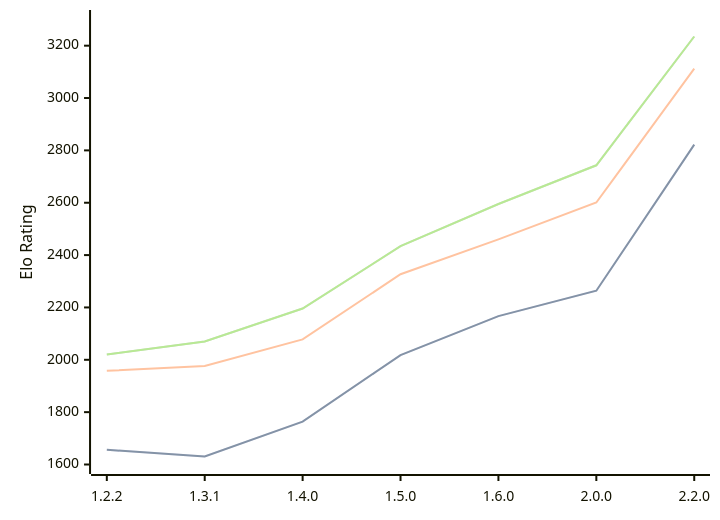
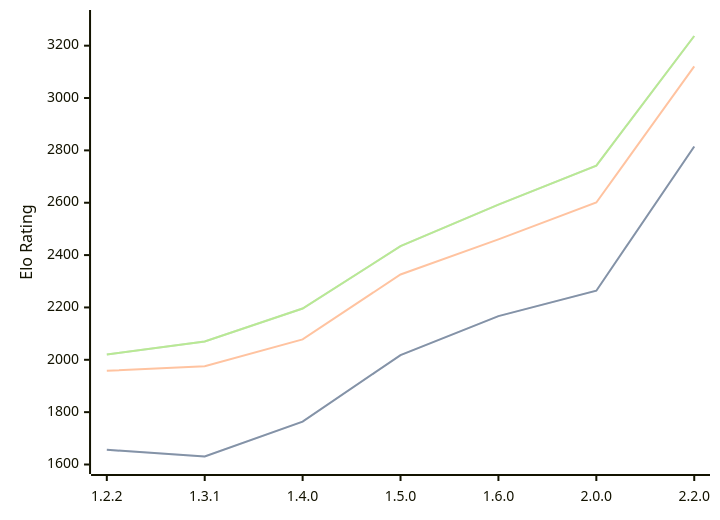
Before and after one commit to computer-chess-index/cci: the diagram in engines/SoloEngine.md, drawn with Mermaid. The commit also changed other lines of this file, not shown here.

Commit message:
Update CCI Ratings (ELO VLTC) - 2026-06-10

````diff
--- a/engines/SoloEngine.md
+++ b/engines/SoloEngine.md
@@ -38,11 +38,11 @@
 ```mermaid
 %%{init: {"theme":"base","themeVariables":{"seriesColors:['#a3a3a3','#222221','#faa371']}}}%%
 xychart-beta
   x-axis ["1.2.2", "1.3.1", "1.4.0", "1.5.0", "1.6.0", "2.0.0", "2.2.0"]
   y-axis "Elo Rating" 1600 --> 3300
-  line "STC (8.0+0.08s)" [1656, 1631, 1764, 2018, 2167, 2264, 2822]
-  line "STC (8.0+0.08s)" [1656, 1631, 1764, 2018, 2167, 2264, 2822]
-  line "LTC (60.0+0.60s)" [1958, 1976, 2078, 2327, 2460, 2601, 3112]
-  line "VLTC (2m24s+1.12s)" [2020, 2070, 2196, 2434, 2595, 2743, 3235]
-  line "VLTC (2m24s+1.12s)" [2020, 2070, 2196, 2434, 2595, 2743, 3235]
+  line "STC (8.0+0.08s)" [1656, 1631, 1764, 2018, 2167, 2264, 2815]
+  line "STC (8.0+0.08s)" [1656, 1631, 1764, 2018, 2167, 2264, 2815]
+  line "LTC (60.0+0.60s)" [1958, 1975, 2078, 2326, 2460, 2601, 3121]
+  line "VLTC (2m24s+1.12s)" [2020, 2070, 2196, 2434, 2593, 2742, 3237]
+  line "VLTC (2m24s+1.12s)" [2020, 2070, 2196, 2434, 2593, 2742, 3237]
 ```
````
